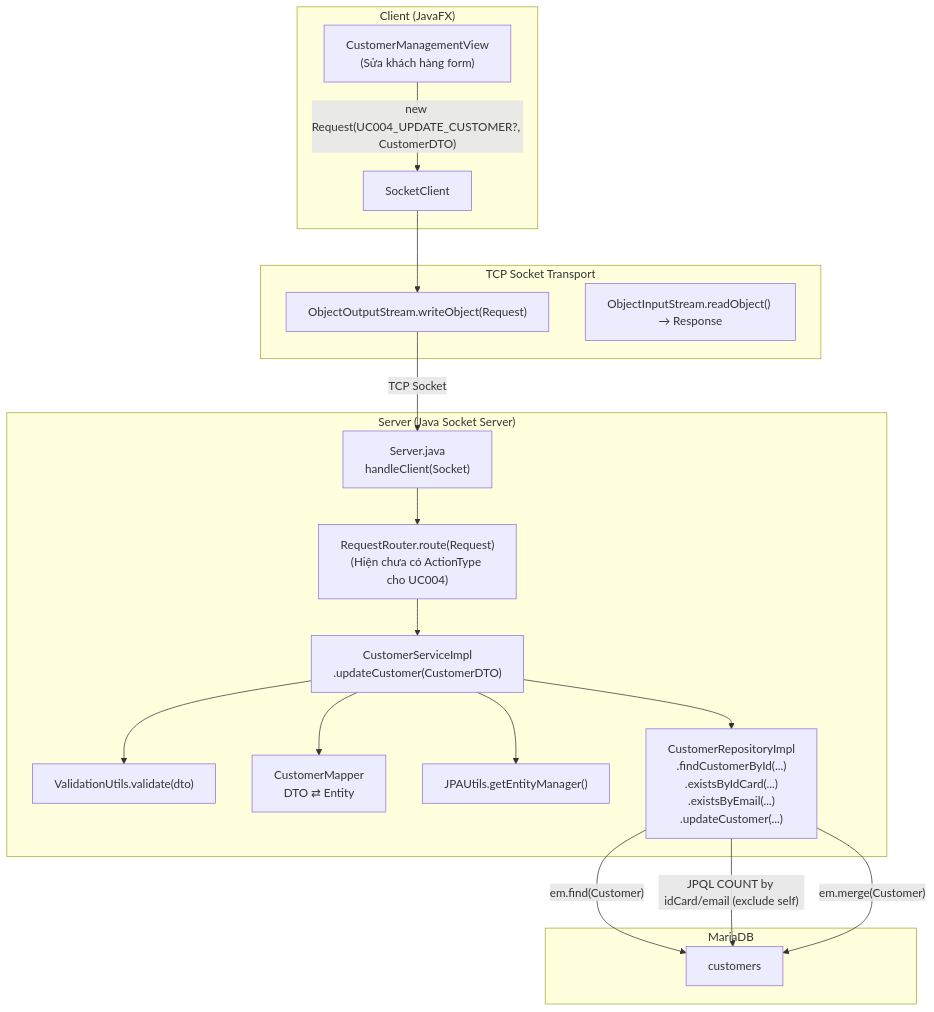
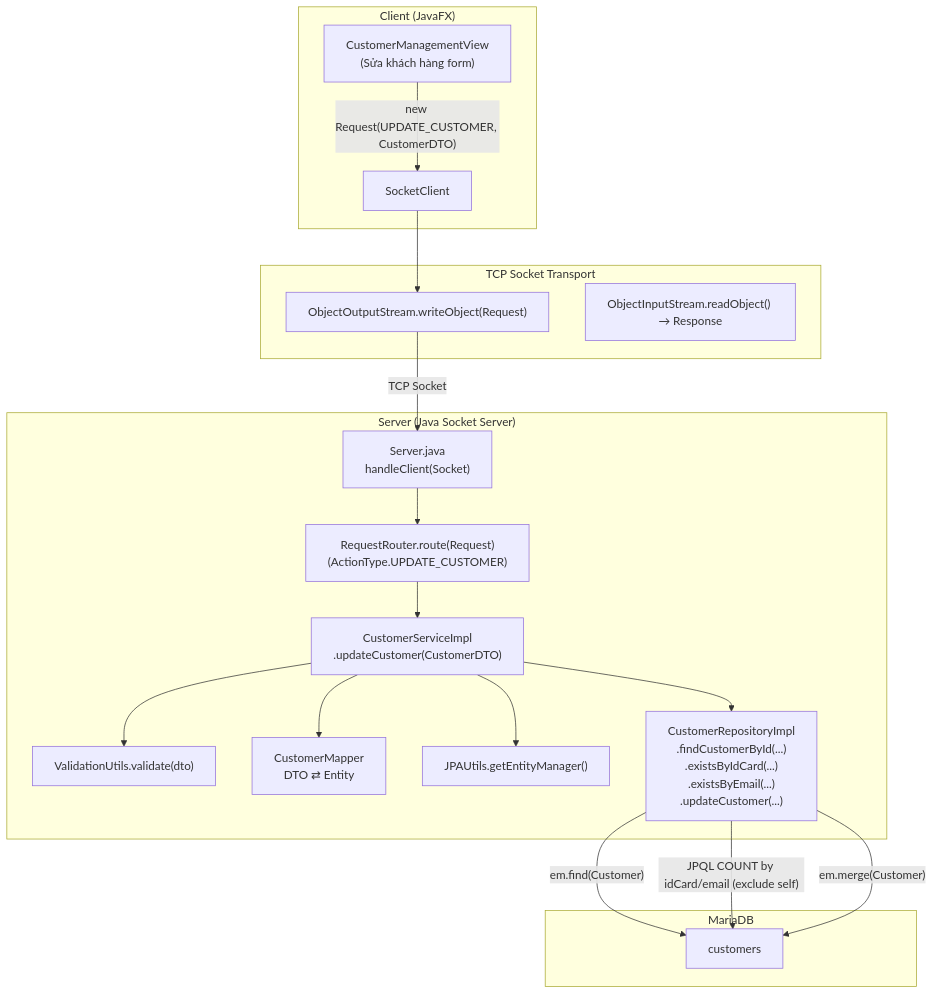
One commit to Distributed-Programing-Project/railway-reservation-system-server changed the first of 3 diagrams in docs/diagrams/sequence/uc004-sua-khach-hang.md. Above: the diagram before and after it, drawn with Mermaid. The commit also changed other lines of this file and 5 other files, not shown here.

Commit message:
refactor: remove all emoji in sequence

````diff
--- a/docs/diagrams/sequence/uc004-sua-khach-hang.md
+++ b/docs/diagrams/sequence/uc004-sua-khach-hang.md
@@ -7,41 +7,41 @@
 ```mermaid
 graph TB
     subgraph CLIENT ["Client (JavaFX)"]
         UI["CustomerManagementView\n(Sửa khách hàng form)"]
         SC["SocketClient"]
     end
 
     subgraph TRANSPORT ["TCP Socket Transport"]
         OOS["ObjectOutputStream.writeObject(Request)"]
         OIS["ObjectInputStream.readObject() → Response"]
     end
 
     subgraph SERVER ["Server (Java Socket Server)"]
         SRV["Server.java\nhandleClient(Socket)"]
-        RR["RequestRouter.route(Request)\n(Hiện chưa có ActionType cho UC004)"]
+        RR["RequestRouter.route(Request)\n(ActionType.UPDATE_CUSTOMER)"]
         SVC["CustomerServiceImpl\n.updateCustomer(CustomerDTO)"]
         VAL["ValidationUtils.validate(dto)"]
         MAP["CustomerMapper\nDTO ⇄ Entity"]
         JPA["JPAUtils.getEntityManager()"]
         REPO["CustomerRepositoryImpl\n.findCustomerById(...)\n.existsByIdCard(...)\n.existsByEmail(...)\n.updateCustomer(...)"]
     end
 
     subgraph DB ["MariaDB"]
         T_CUS["customers"]
     end
 
-    UI -- "new Request(UC004_UPDATE_CUSTOMER?, CustomerDTO)" --> SC
+    UI -- "new Request(UPDATE_CUSTOMER, CustomerDTO)" --> SC
     SC --> OOS
     OOS -- "TCP Socket" --> SRV
     SRV --> RR
     RR --> SVC
 
     SVC --> VAL
     SVC --> JPA
     SVC --> REPO
     SVC --> MAP
 
     REPO -- "em.find(Customer)" --> T_CUS
     REPO -- "JPQL COUNT by idCard/email (exclude self)" --> T_CUS
     REPO -- "em.merge(Customer)" --> T_CUS
 ```
````
